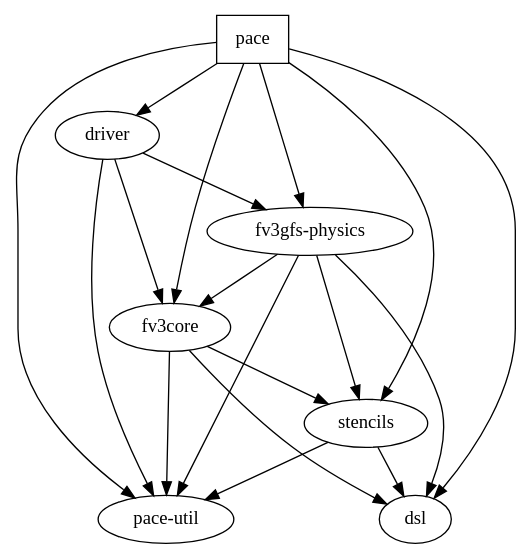
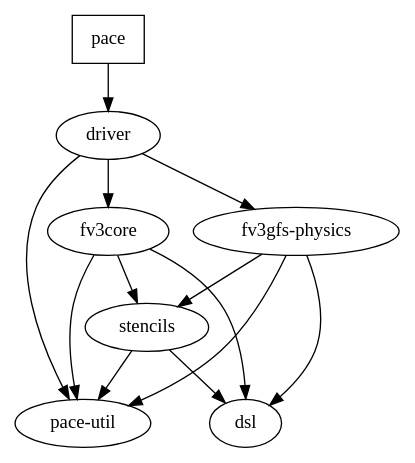
One commit to ai2cm/pace changed the diagram in dependencies.dot. Above: the diagram before and after it, drawn with Graphviz. The commit also changed 2 other files, not shown here.

```diff
--- a/dependencies.dot
+++ b/dependencies.dot
@@ -1,35 +1,29 @@
 # this dotfile is used as a reference source for project dependencies
 # each folder entry must have a "label" equal to its directory name
 #
 # If you update this file, please re-generate the svg with `make dependencies.svg`
 # and commit it to the repository
 
 digraph {
   pace [shape=box]
   fv3core [shape=oval, label="fv3core"]
   driver [shape=oval, label="driver"]
   physics [shape=oval, label="fv3gfs-physics"]
   stencils [shape=oval, label="stencils"]
   util [shape=oval, label="pace-util"]
   dsl [shape=oval, label="dsl"]
 
-  pace -> fv3core
-  pace -> physics
-  pace -> util
   pace -> driver
-  pace -> stencils
-  pace -> dsl
   driver -> fv3core
   driver -> physics
   driver -> util
   fv3core -> util
   fv3core -> stencils
   fv3core -> dsl
   physics -> util
-  physics -> fv3core
   physics -> stencils
   physics -> dsl
   stencils -> util
   stencils -> dsl
 
 }
```
